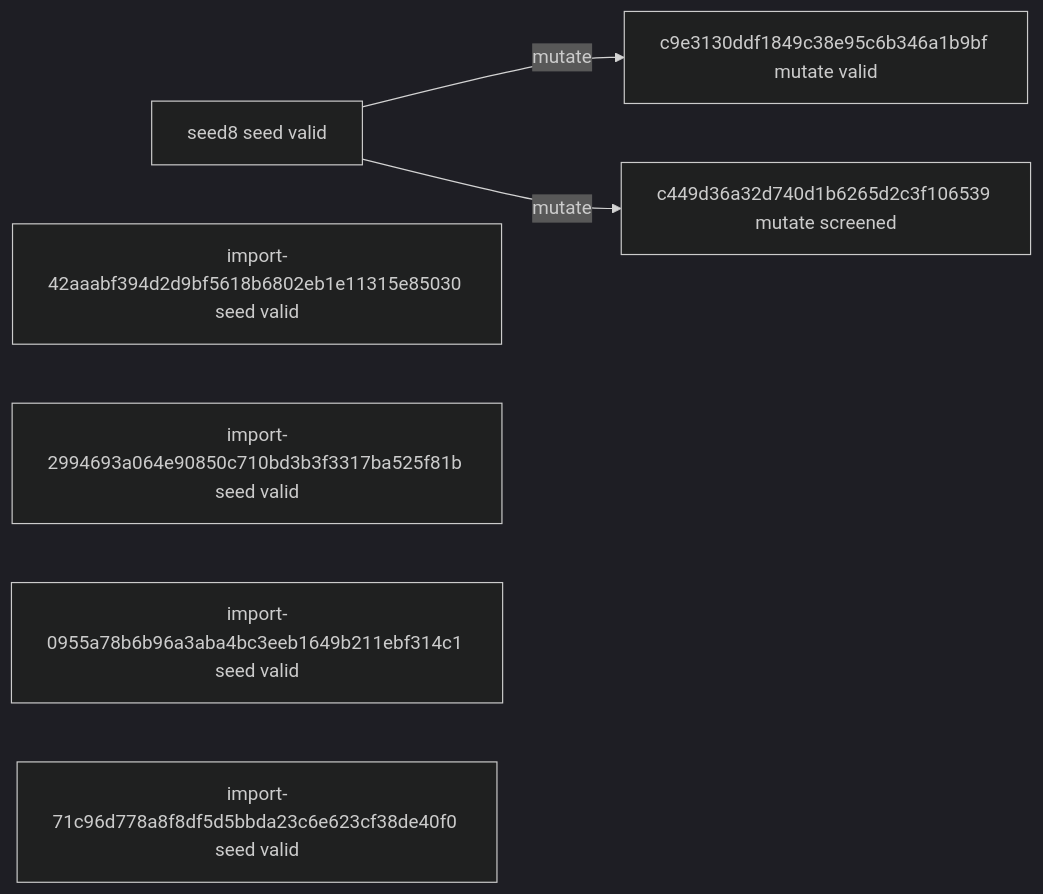
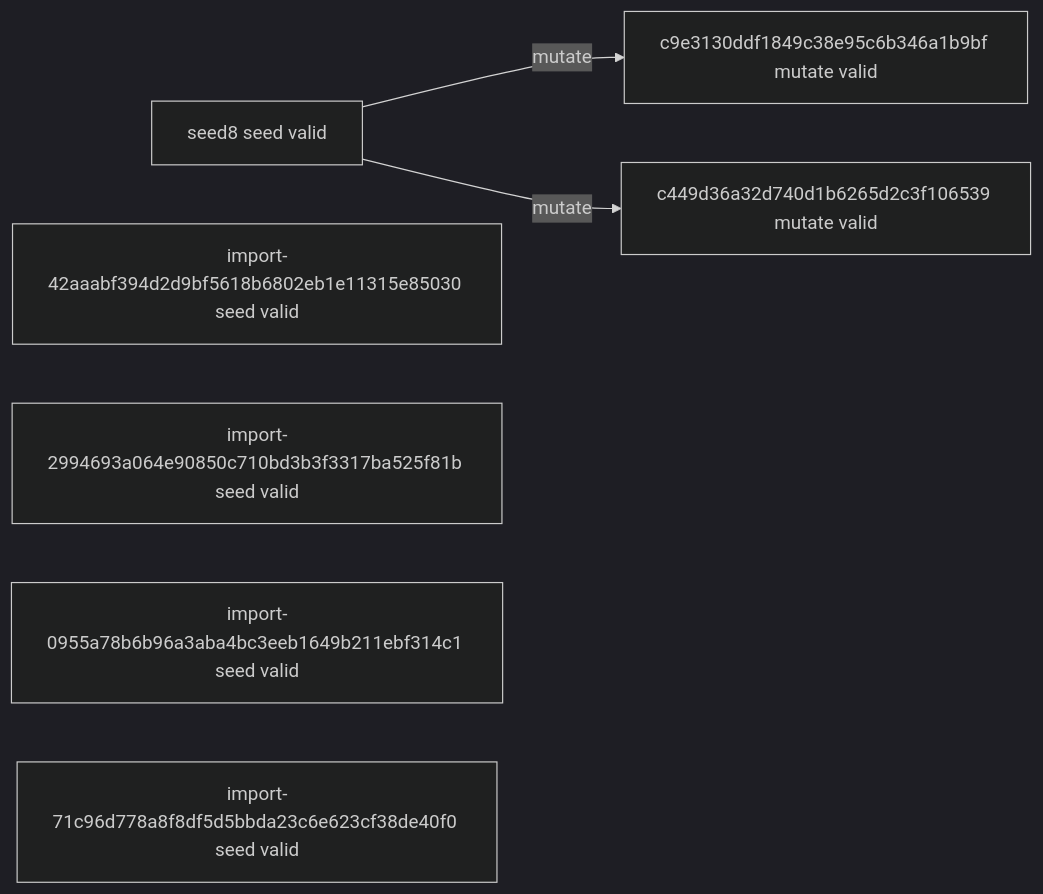
Before and after one commit to timbtz/feyer-search-lab: the diagram in experiments/campaigns/smac-pilot-v1/README.md, drawn with Mermaid (dark theme). The commit also changed other lines of this file and 7 other files, not shown here.

````diff
--- a/experiments/campaigns/smac-pilot-v1/README.md
+++ b/experiments/campaigns/smac-pilot-v1/README.md
@@ -21,12 +21,12 @@
 ```mermaid
 graph LR
   n0["seed8 seed valid"]
   n1["import-42aaabf394d2d9bf5618b6802eb1e11315e85030 seed valid"]
   n2["import-2994693a064e90850c710bd3b3f3317ba525f81b seed valid"]
   n3["import-0955a78b6b96a3aba4bc3eeb1649b211ebf314c1 seed valid"]
   n4["import-71c96d778a8f8df5d5bbda23c6e623cf38de40f0 seed valid"]
   n5["c9e3130ddf1849c38e95c6b346a1b9bf mutate valid"]
-  n6["c449d36a32d740d1b6265d2c3f106539 mutate screened"]
+  n6["c449d36a32d740d1b6265d2c3f106539 mutate valid"]
   n0 -->|mutate| n5
   n0 -->|mutate| n6
 ```
````
